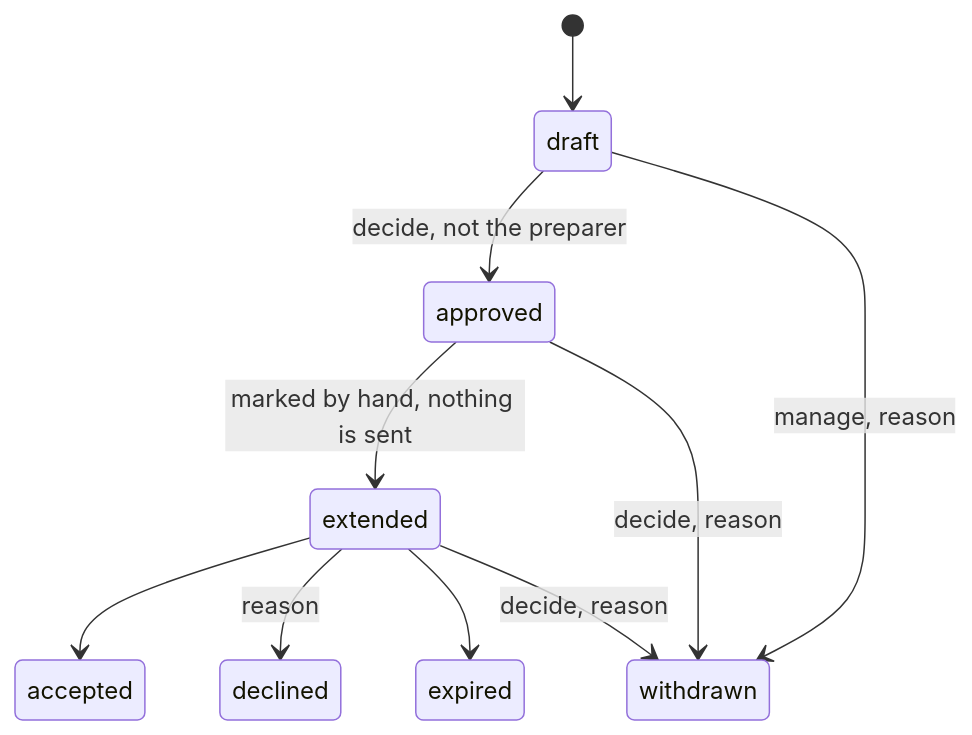
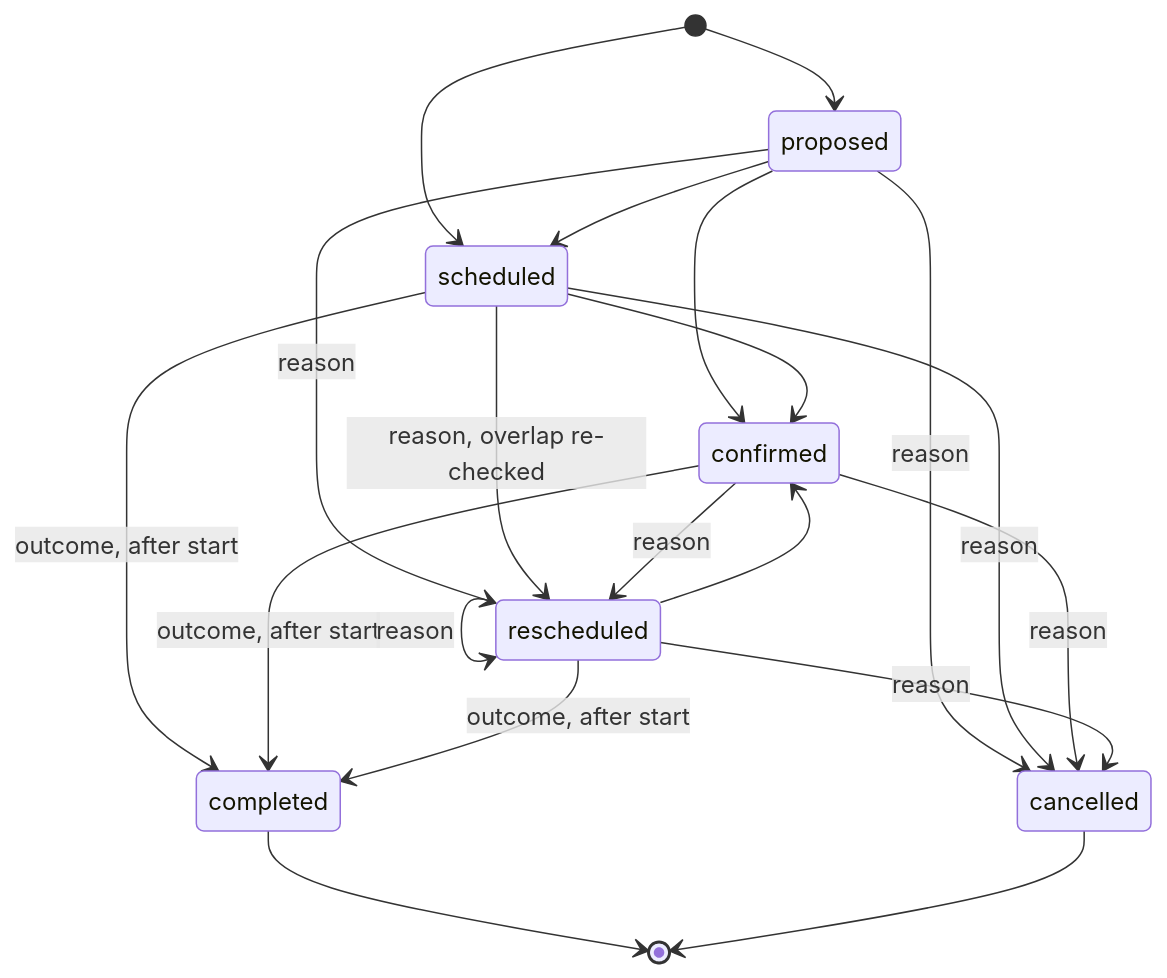
Before and after one commit to team832/Elevate-OS: the eighth of 17 diagrams in apps/business-ops-os/docs/WORKFLOWS.md, drawn with Mermaid. The commit also changed other lines of this file and 773 other files, not shown here.

````diff
--- a/apps/business-ops-os/docs/WORKFLOWS.md
+++ b/apps/business-ops-os/docs/WORKFLOWS.md
@@ -152,12 +157,22 @@
 ```mermaid
 stateDiagram-v2
-  [*] --> draft
-  draft --> approved: decide, not the preparer
-  draft --> withdrawn: manage, reason
-  approved --> extended: marked by hand, nothing is sent
-  approved --> withdrawn: decide, reason
-  extended --> accepted
-  extended --> declined: reason
-  extended --> withdrawn: decide, reason
-  extended --> expired
+  [*] --> proposed
+  [*] --> scheduled
+  proposed --> scheduled
+  proposed --> confirmed
+  proposed --> rescheduled: reason
+  proposed --> cancelled: reason
+  scheduled --> confirmed
+  scheduled --> rescheduled: reason, overlap re-checked
+  scheduled --> completed: outcome, after start
+  scheduled --> cancelled: reason
+  confirmed --> rescheduled: reason
+  confirmed --> completed: outcome, after start
+  confirmed --> cancelled: reason
+  rescheduled --> confirmed
+  rescheduled --> rescheduled: reason
+  rescheduled --> completed: outcome, after start
+  rescheduled --> cancelled: reason
+  completed --> [*]
+  cancelled --> [*]
 ```
````
